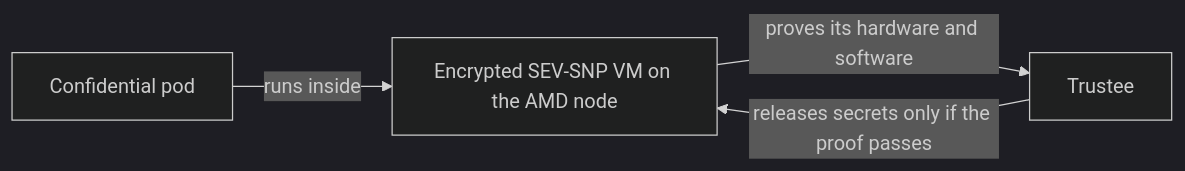
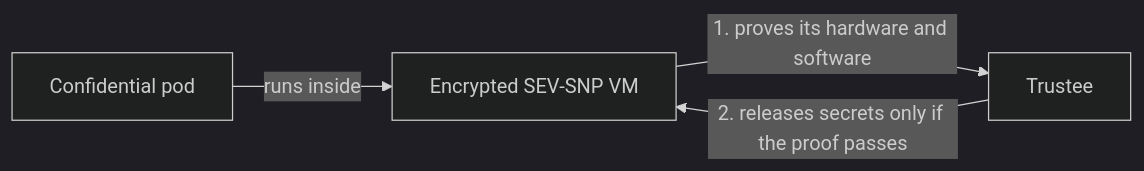
One commit to shpwrck/openshift-confidential-containers changed the diagram in README.md. Above: the diagram before and after it, drawn with Mermaid (dark theme). The commit also changed other lines of this file and 16 other files, not shown here.

````diff
--- a/README.md
+++ b/README.md
@@ -10,6 +11,6 @@
 ```mermaid
 flowchart LR
-  Pod[Confidential pod] -->|runs inside| VM[Encrypted SEV-SNP VM on the AMD node]
-  VM -->|proves its hardware and software| Trustee
-  Trustee -->|releases secrets only if the proof passes| VM
+  Pod[Confidential pod] -->|runs inside| VM[Encrypted SEV-SNP VM]
+  VM -->|1. proves its hardware and software| Trustee
+  Trustee -->|2. releases secrets only if the proof passes| VM
 ```
````
